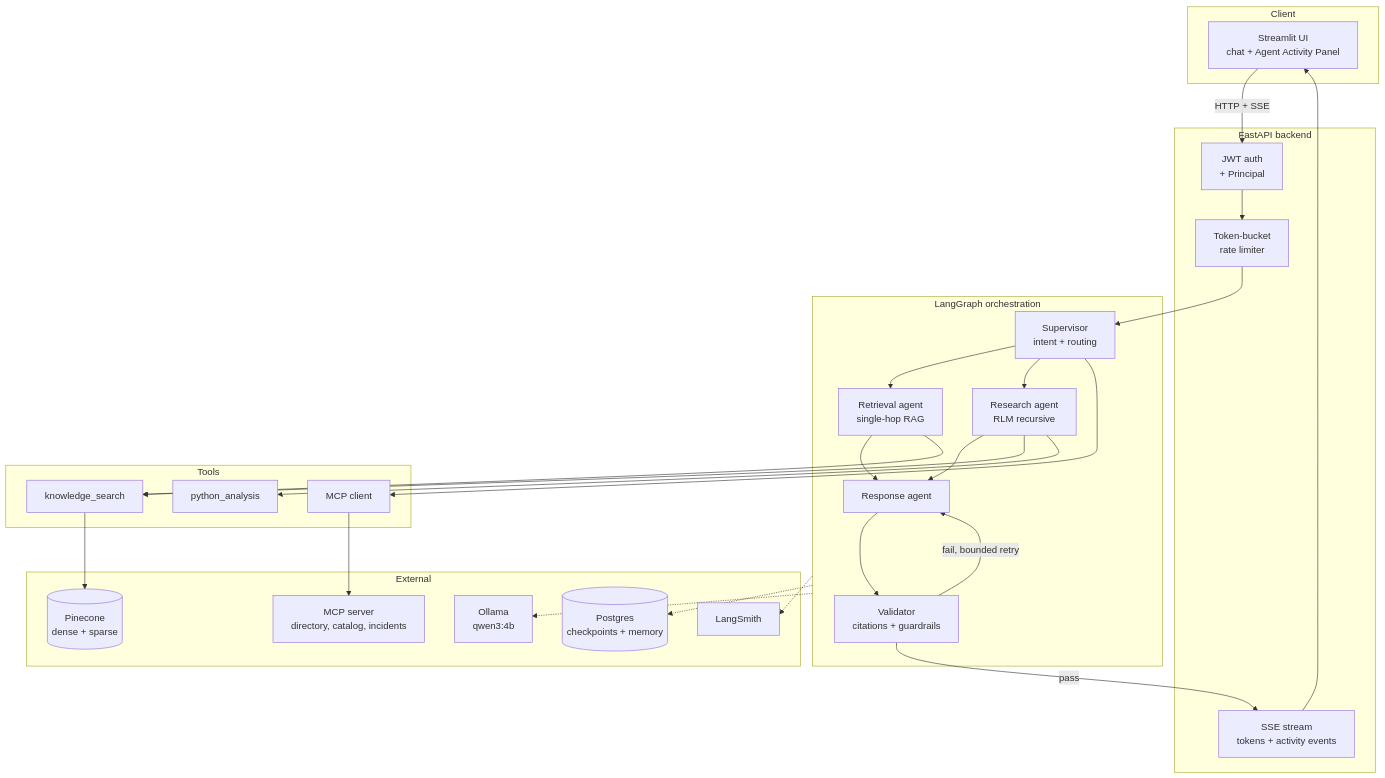
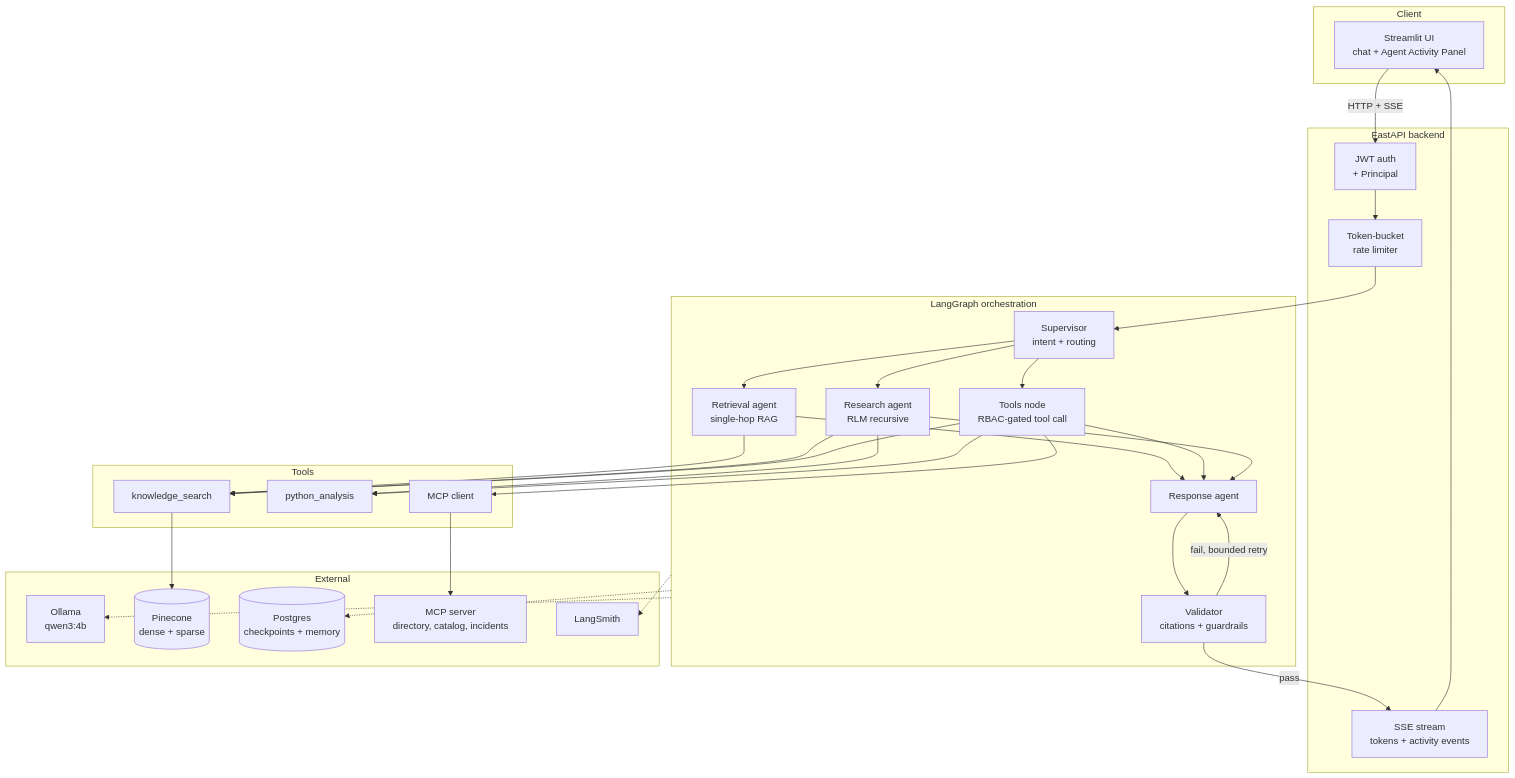
The diagram in docs/ARCHITECTURE.md (Navojith/enterprise-ai-assistant), drawn with Mermaid before and after one commit. The commit also changed other lines of this file and 40 other files, not shown here.

````diff
--- a/docs/ARCHITECTURE.md
+++ b/docs/ARCHITECTURE.md
@@ -13,53 +13,58 @@
 ```mermaid
 graph TB
     subgraph Client
         UI[Streamlit UI<br/>chat + Agent Activity Panel]
     end
 
     subgraph API["FastAPI backend"]
         AUTH[JWT auth<br/>+ Principal]
         RL[Token-bucket<br/>rate limiter]
         SSE[SSE stream<br/>tokens + activity events]
     end
 
     subgraph Graph["LangGraph orchestration"]
         SUP[Supervisor<br/>intent + routing]
         RET[Retrieval agent<br/>single-hop RAG]
+        TLS[Tools node<br/>RBAC-gated tool call]
         RES[Research agent<br/>RLM recursive]
         RSP[Response agent]
         VAL[Validator<br/>citations + guardrails]
     end
 
     subgraph Tools
         KS[knowledge_search]
         PA[python_analysis]
         MCP[MCP client]
     end
 
     subgraph External
         OLL[Ollama<br/>qwen3:4b]
         PC[(Pinecone<br/>dense + sparse)]
         PG[(Postgres<br/>checkpoints + memory)]
         MCPS[MCP server<br/>directory, catalog, incidents]
         LS[LangSmith]
     end
 
     UI -->|HTTP + SSE| AUTH --> RL --> SUP
     SUP --> RET
+    SUP --> TLS
     SUP --> RES
     RET --> RSP
+    TLS --> RSP
     RES --> RSP
     RSP --> VAL
     VAL -->|fail, bounded retry| RSP
     VAL -->|pass| SSE --> UI
 
     RET --> KS
     RES --> KS
     RES --> PA
-    SUP --> MCP
+    TLS --> KS
+    TLS --> PA
+    TLS --> MCP
     KS --> PC
     MCP --> MCPS
     Graph -.-> OLL
     Graph -.-> PG
     Graph -.-> LS
 ```
````
